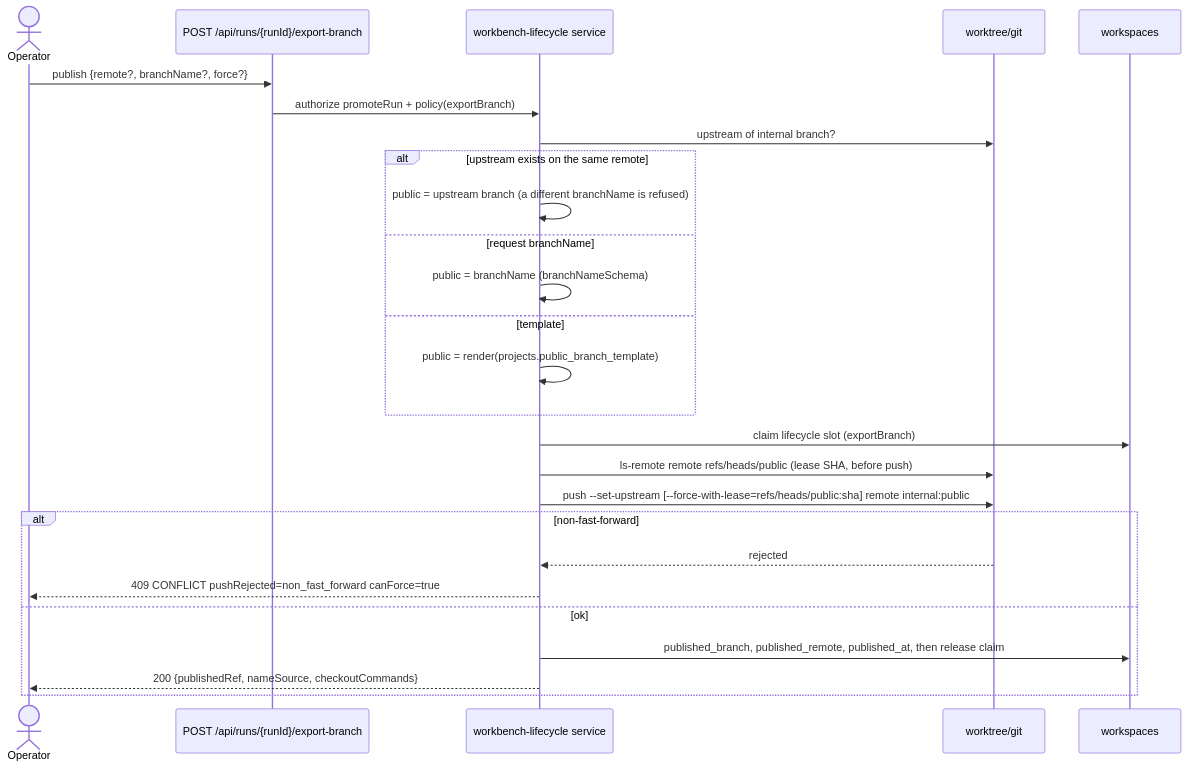
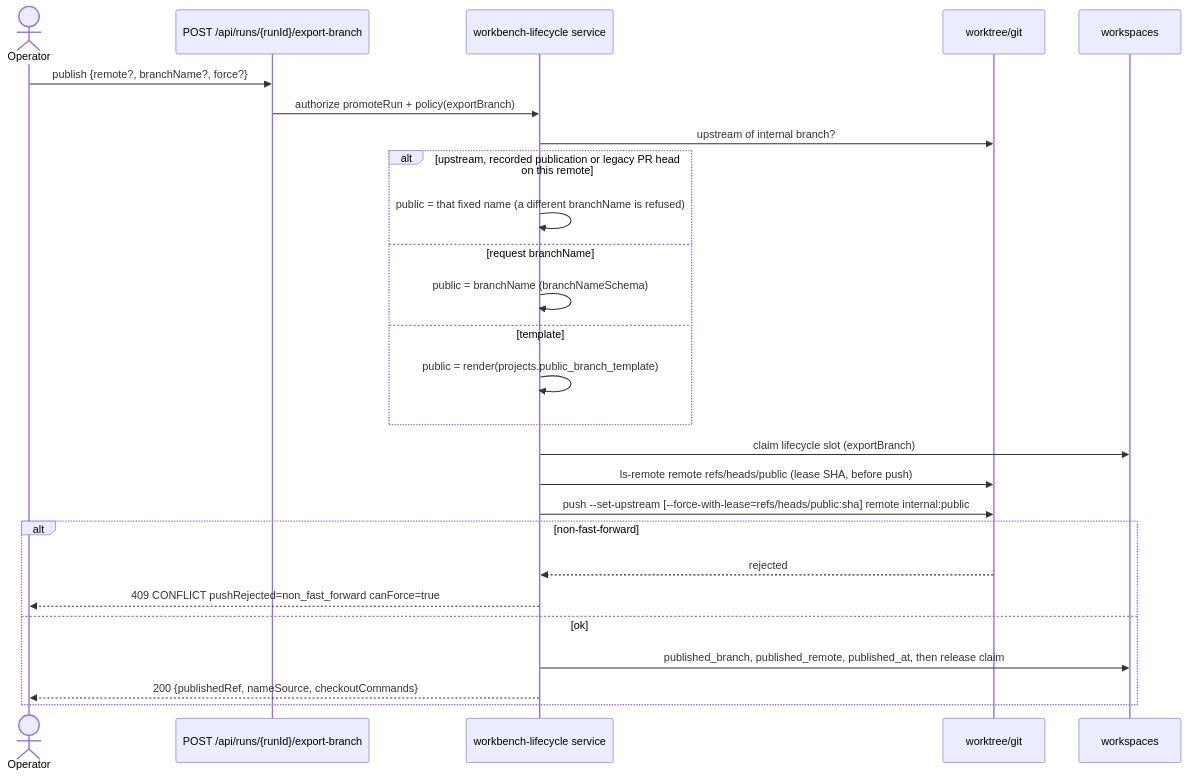
The third of 6 diagrams in docs/system-analytics/workbench-git.md (maister-dev/maister), drawn with Mermaid before and after one commit. The commit also changed other lines of this file and 35 other files, not shown here.

````diff
--- a/docs/system-analytics/workbench-git.md
+++ b/docs/system-analytics/workbench-git.md
@@ -134,28 +137,28 @@
 ```mermaid
 sequenceDiagram
     actor Op as Operator
     participant Route as POST /api/runs/{runId}/export-branch
     participant Svc as workbench-lifecycle service
     participant Git as worktree/git
     participant DB as workspaces
     Op->>Route: publish {remote?, branchName?, force?}
     Route->>Svc: authorize promoteRun + policy(exportBranch)
     Svc->>Git: upstream of internal branch?
-    alt upstream exists on the same remote
-        Svc->>Svc: public = upstream branch (a different branchName is refused)
+    alt upstream, recorded publication or legacy PR head on this remote
+        Svc->>Svc: public = that fixed name (a different branchName is refused)
     else request branchName
         Svc->>Svc: public = branchName (branchNameSchema)
     else template
         Svc->>Svc: public = render(projects.public_branch_template)
     end
     Svc->>DB: claim lifecycle slot (exportBranch)
     Svc->>Git: ls-remote remote refs/heads/public (lease SHA, before push)
     Svc->>Git: push --set-upstream [--force-with-lease=refs/heads/public:sha] remote internal:public
     alt non-fast-forward
         Git-->>Svc: rejected
         Svc-->>Op: 409 CONFLICT pushRejected=non_fast_forward canForce=true
     else ok
         Svc->>DB: published_branch, published_remote, published_at, then release claim
         Svc-->>Op: 200 {publishedRef, nameSource, checkoutCommands}
     end
 ```
````
